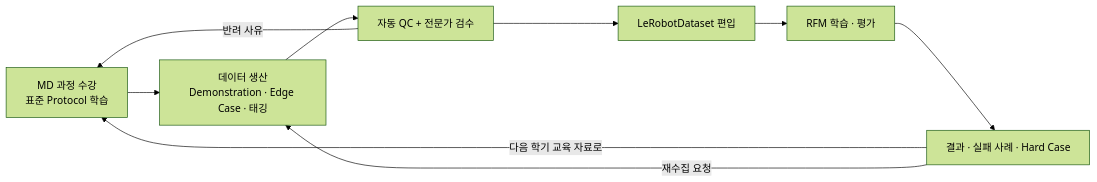
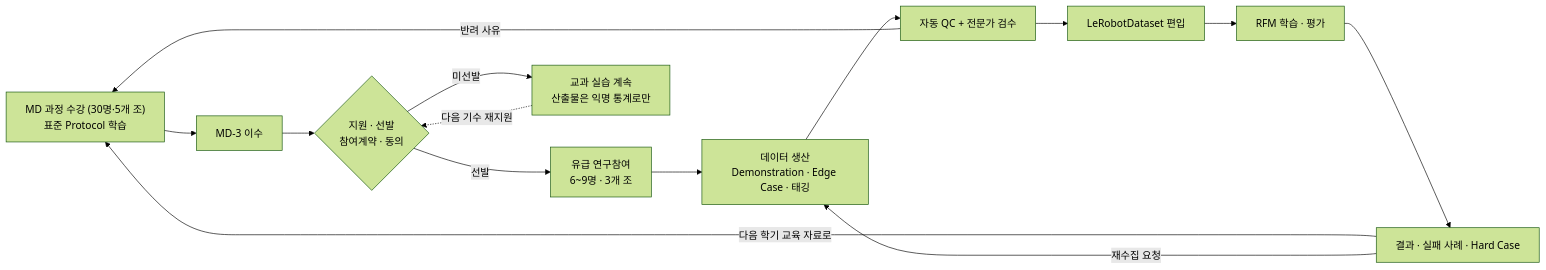
The fifth of 10 diagrams in homepage-src/docs/projects/manufacturing-data-factory-rfm/technical.md (parclab-hsu/parclab-hsu.github.io), drawn with Mermaid (forest theme) before and after one commit. The commit also changed other lines of this file and 9 other files, not shown here.

````diff
--- a/homepage-src/docs/projects/manufacturing-data-factory-rfm/technical.md
+++ b/homepage-src/docs/projects/manufacturing-data-factory-rfm/technical.md
@@ -353,11 +367,16 @@
 ```mermaid
 flowchart LR
-    EDU["MD 과정 수강<br/>표준 Protocol 학습"] --> COLLECT["데이터 생산<br/>Demonstration · Edge Case · 태깅"]
+    EDU["MD 과정 수강 (30명·5개 조)<br/>표준 Protocol 학습"] --> MD3["MD-3 이수"]
+    MD3 --> GATE{"지원 · 선발<br/>참여계약 · 동의"}
+    GATE -->|선발| PAID["유급 연구참여<br/>6~9명 · 3개 조"]
+    GATE -->|미선발| EDUONLY["교과 실습 계속<br/>산출물은 익명 통계로만"]
+    PAID --> COLLECT["데이터 생산<br/>Demonstration · Edge Case · 태깅"]
     COLLECT --> QC["자동 QC + 전문가 검수"]
     QC --> DATASET["LeRobotDataset 편입"]
     DATASET --> TRAIN["RFM 학습 · 평가"]
     TRAIN --> RESULT["결과 · 실패 사례 · Hard Case"]
     RESULT -->|다음 학기 교육 자료로| EDU
     RESULT -->|재수집 요청| COLLECT
     QC -->|반려 사유| EDU
+    EDUONLY -.->|다음 기수 재지원| GATE
 ```
````
